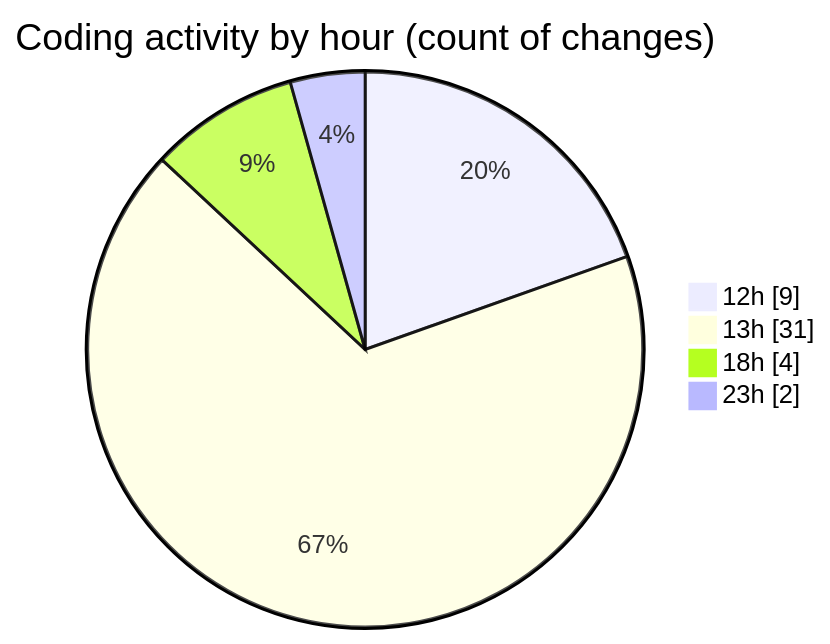
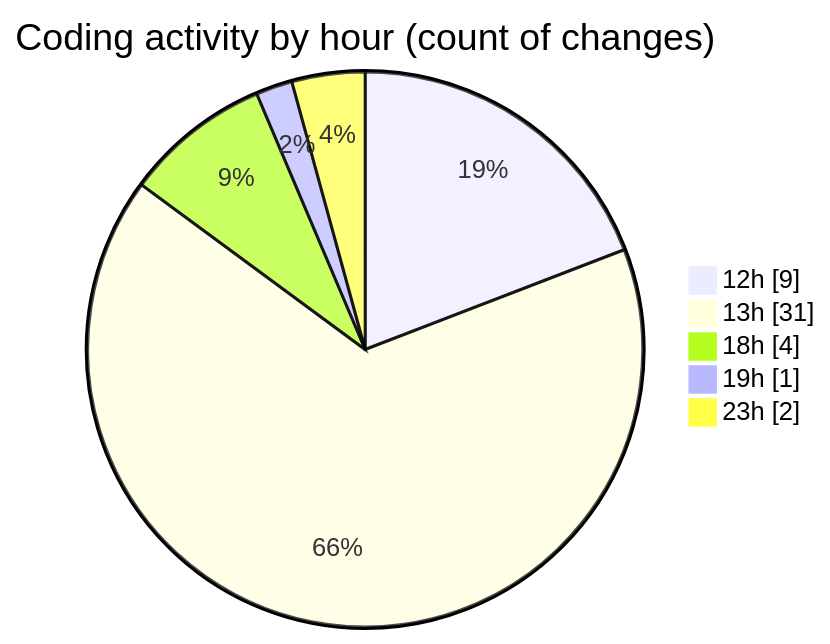
One commit to Elitesun/code-tracking changed the second of 2 diagrams in 2025-03-29/binarysec/README.md. Above: the diagram before and after it, drawn with Mermaid. The commit also changed other lines of this file and 1 other file, not shown here.

````diff
--- a/2025-03-29/binarysec/README.md
+++ b/2025-03-29/binarysec/README.md
@@ -42,8 +44,9 @@
 ```mermaid
 pie showData
 title Coding activity by hour (count of changes)
 "12h" : 9
 "13h" : 31
 "18h" : 4
+"19h" : 1
 "23h" : 2
 ```
````
